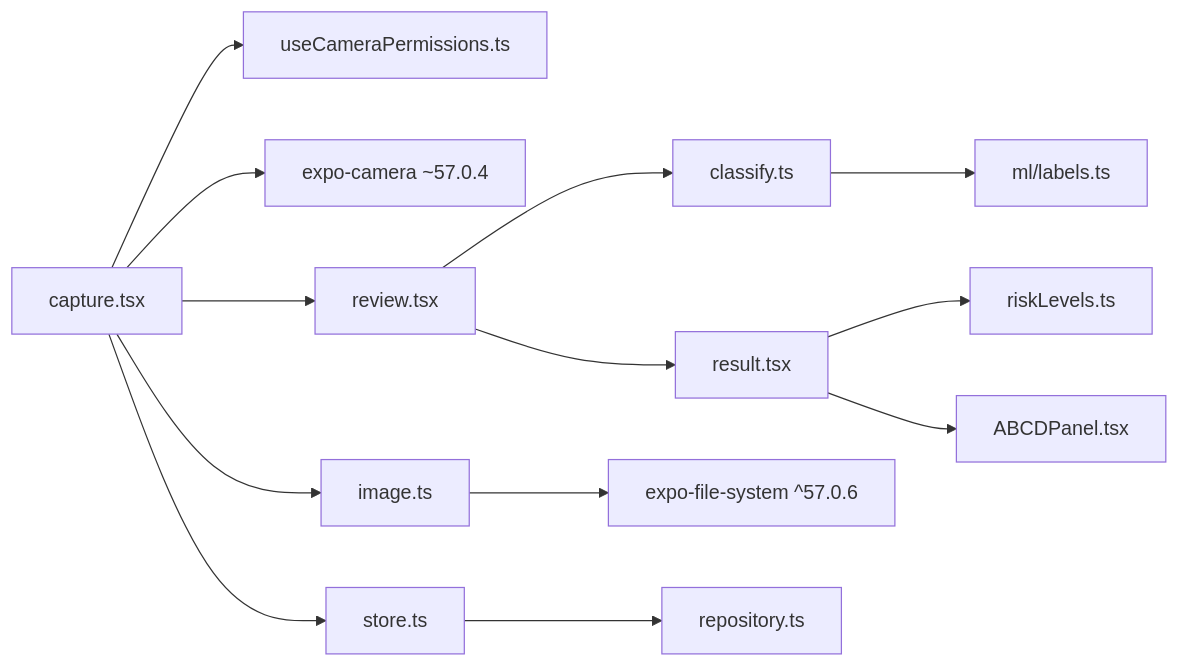
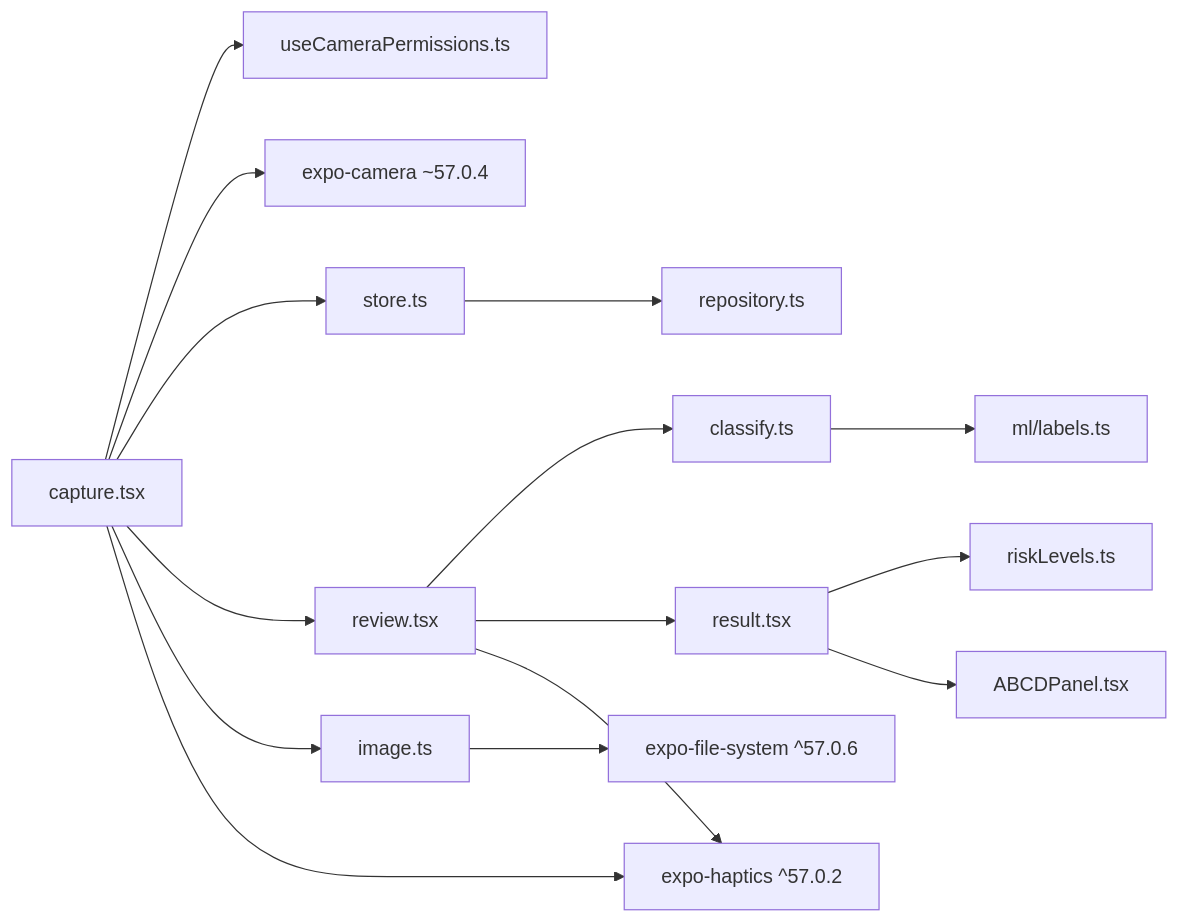
Before and after one commit to AdeelTahir-SE/DermSight: the ninth of 9 diagrams in .qoder/repowiki/en/content/Camera Integration.md, drawn with Mermaid. The commit also changed other lines of this file and 23 other files, not shown here.

````diff
--- a/.qoder/repowiki/en/content/Camera Integration.md
+++ b/.qoder/repowiki/en/content/Camera Integration.md
@@ -376,15 +403,17 @@
 ```mermaid
 graph LR
 Capture["capture.tsx"] --> Permissions["useCameraPermissions.ts"]
 Capture --> ExpoCamera["expo-camera ~57.0.4"]
 Capture --> Store["store.ts"]
 Capture --> Review["review.tsx"]
 Review --> Inference["classify.ts"]
 Review --> Result["result.tsx"]
 Result --> Risk["riskLevels.ts"]
 Result --> ABCD["ABCDPanel.tsx"]
 Capture --> Images["image.ts"]
 Images --> FileSystem["expo-file-system ^57.0.6"]
 Store --> Repository["repository.ts"]
 Inference --> Labels["ml/labels.ts"]
+Capture --> Haptics["expo-haptics ^57.0.2"]
+Review --> Haptics
 ```
````
